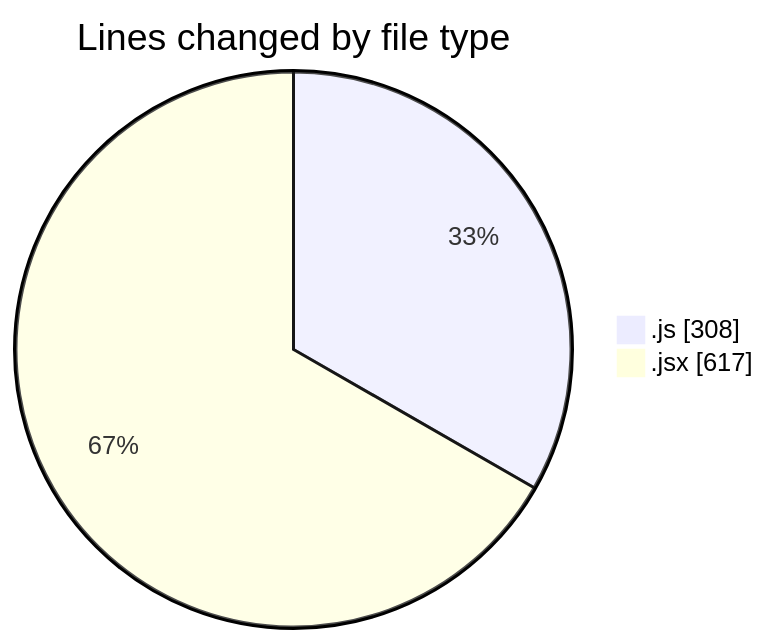
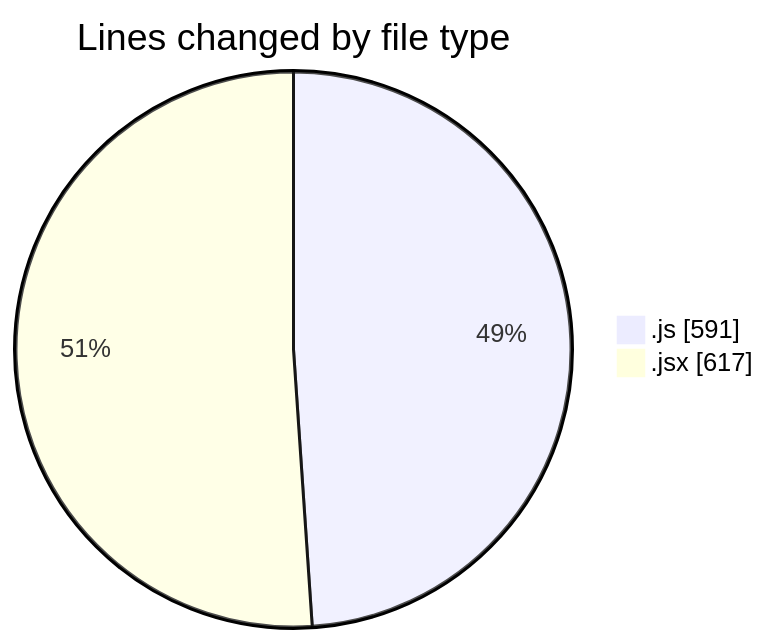
One commit to nxtqubesakshisongat/code-tracking changed the first of 2 diagrams in 2025-05-31/nxtqube_webapp/README.md. Above: the diagram before and after it, drawn with Mermaid. The commit also changed other lines of this file and 1 other file, not shown here.

````diff
--- a/2025-05-31/nxtqube_webapp/README.md
+++ b/2025-05-31/nxtqube_webapp/README.md
@@ -24,6 +25,6 @@
 ```mermaid
 pie showData
 title Lines changed by file type
-".js" : 308
+".js" : 591
 ".jsx" : 617
 ```
````
